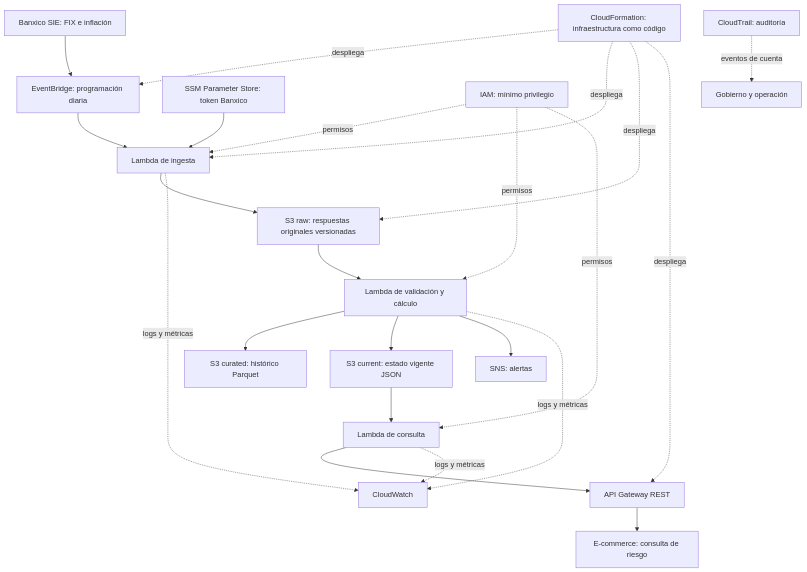
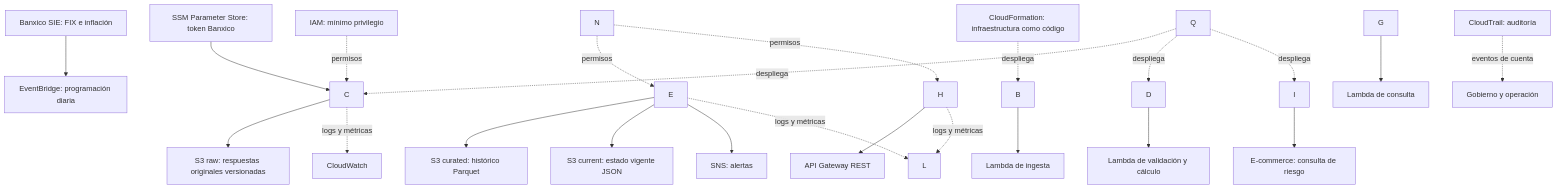
One commit to SoftCom-FI-UNAM/fx-dynamic-pricing-pipeline changed the diagram in docs/consultoria/sow.md. Above: the diagram before and after it, drawn with Mermaid. The commit also changed other lines of this file and 4 other files, not shown here.

````diff
--- a/docs/consultoria/sow.md
+++ b/docs/consultoria/sow.md
@@ -93,25 +93,25 @@
 ```mermaid
 flowchart TD
-    A[Banxico SIE: FIX e inflación] --> B[EventBridge: programación diaria]
-    B --> C[Lambda de ingesta]
-    C --> D[S3 raw: respuestas originales versionadas]
-    D --> E[Lambda de validación y cálculo]
-    E --> F[S3 curated: histórico Parquet]
-    E --> G[S3 current: estado vigente JSON]
-    G --> H[Lambda de consulta]
-    H --> I[API Gateway REST]
-    I --> J[E-commerce: consulta de riesgo]
-    E --> K[SNS: alertas]
-    C -. logs y métricas .-> L[CloudWatch]
+    A\\\\\\\\\\\\\\\[Banxico SIE: FIX e inflación] --> B\\\\\\\\\\\\\\\[EventBridge: programación diaria]
+    B --> C\\\\\\\\\\\\\\\[Lambda de ingesta]
+    C --> D\\\\\\\\\\\\\\\[S3 raw: respuestas originales versionadas]
+    D --> E\\\\\\\\\\\\\\\[Lambda de validación y cálculo]
+    E --> F\\\\\\\\\\\\\\\[S3 curated: histórico Parquet]
+    E --> G\\\\\\\\\\\\\\\[S3 current: estado vigente JSON]
+    G --> H\\\\\\\\\\\\\\\[Lambda de consulta]
+    H --> I\\\\\\\\\\\\\\\[API Gateway REST]
+    I --> J\\\\\\\\\\\\\\\[E-commerce: consulta de riesgo]
+    E --> K\\\\\\\\\\\\\\\[SNS: alertas]
+    C -. logs y métricas .-> L\\\\\\\\\\\\\\\[CloudWatch]
     E -. logs y métricas .-> L
     H -. logs y métricas .-> L
-    M[SSM Parameter Store: token Banxico] --> C
-    N[IAM: mínimo privilegio] -. permisos .-> C
+    M\\\\\\\\\\\\\\\[SSM Parameter Store: token Banxico] --> C
+    N\\\\\\\\\\\\\\\[IAM: mínimo privilegio] -. permisos .-> C
     N -. permisos .-> E
     N -. permisos .-> H
-    O[CloudTrail: auditoría] -. eventos de cuenta .-> P[Gobierno y operación]
-    Q[CloudFormation: infraestructura como código] -. despliega .-> B
+    O\\\\\\\\\\\\\\\[CloudTrail: auditoría] -. eventos de cuenta .-> P\\\\\\\\\\\\\\\[Gobierno y operación]
+    Q\\\\\\\\\\\\\\\[CloudFormation: infraestructura como código] -. despliega .-> B
     Q -. despliega .-> C
     Q -. despliega .-> D
     Q -. despliega .-> I
 ```
````
